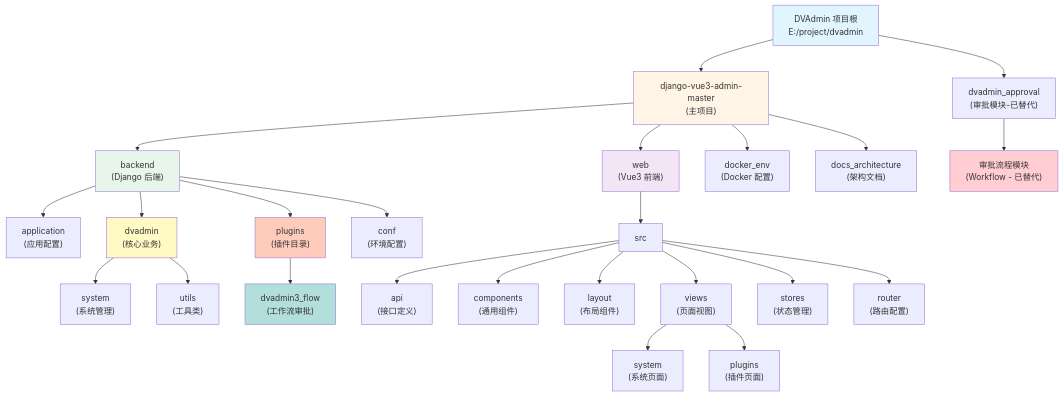
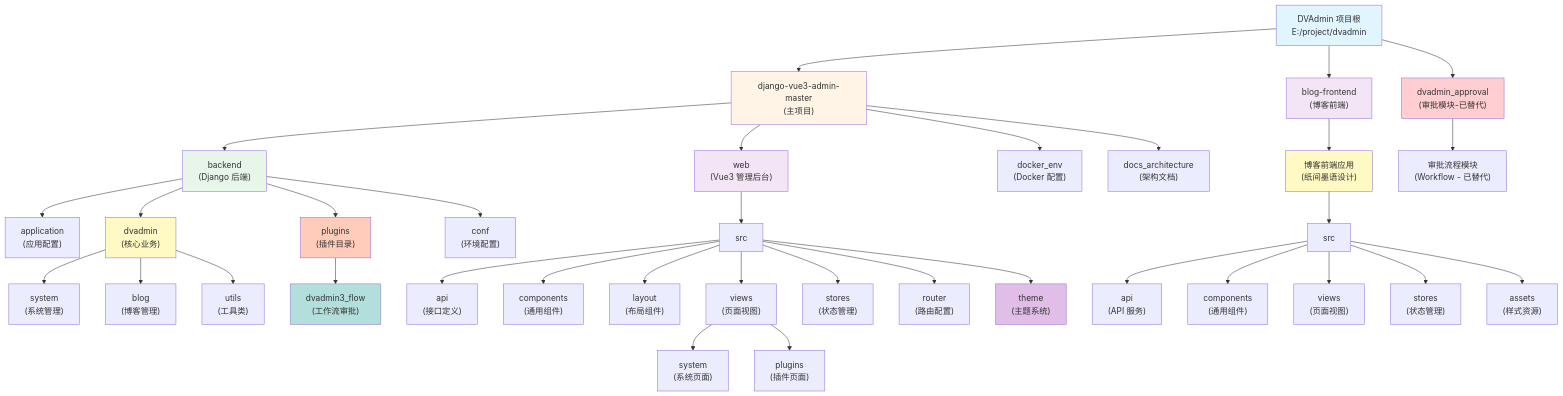
Before and after one commit to jack571754/dvadmin: the diagram in CLAUDE.md, drawn with Mermaid. The commit also changed other lines of this file and 24 other files, not shown here.

````diff
--- a/CLAUDE.md
+++ b/CLAUDE.md
@@ -66,52 +92,68 @@
 ```mermaid
 graph TD
     A["DVAdmin 项目根<br/>E:/project/dvadmin"] --> B["django-vue3-admin-master<br/>(主项目)"];
-    A --> C["dvadmin_approval<br/>(审批模块-已替代)"];
+    A --> C["blog-frontend<br/>(博客前端)"];
+    A --> D["dvadmin_approval<br/>(审批模块-已替代)"];
 
-    B --> D["backend<br/>(Django 后端)"];
-    B --> E["web<br/>(Vue3 前端)"];
-    B --> F["docker_env<br/>(Docker 配置)"];
-    B --> G["docs_architecture<br/>(架构文档)"];
+    B --> E["backend<br/>(Django 后端)"];
+    B --> F["web<br/>(Vue3 管理后台)"];
+    B --> G["docker_env<br/>(Docker 配置)"];
+    B --> H["docs_architecture<br/>(架构文档)"];
 
-    D --> H["application<br/>(应用配置)"];
-    D --> I["dvadmin<br/>(核心业务)"];
-    D --> J["plugins<br/>(插件目录)"];
-    D --> K["conf<br/>(环境配置)"];
+    E --> I["application<br/>(应用配置)"];
+    E --> J["dvadmin<br/>(核心业务)"];
+    E --> K["plugins<br/>(插件目录)"];
+    E --> L["conf<br/>(环境配置)"];
 
-    I --> L["system<br/>(系统管理)"];
-    I --> M["utils<br/>(工具类)"];
+    J --> M["system<br/>(系统管理)"];
+    J --> N["blog<br/>(博客管理)"];
+    J --> O["utils<br/>(工具类)"];
 
-    J --> N["dvadmin3_flow<br/>(工作流审批)"];
+    K --> P["dvadmin3_flow<br/>(工作流审批)"];
 
-    E --> O["src"];
-    O --> P["api<br/>(接口定义)"];
-    O --> Q["components<br/>(通用组件)"];
-    O --> R["layout<br/>(布局组件)"];
-    O --> S["views<br/>(页面视图)"];
-    O --> T["stores<br/>(状态管理)"];
-    O --> U["router<br/>(路由配置)"];
+    F --> Q["src"];
+    Q --> R["api<br/>(接口定义)"];
+    Q --> S["components<br/>(通用组件)"];
+    Q --> T["layout<br/>(布局组件)"];
+    Q --> U["views<br/>(页面视图)"];
+    Q --> V["stores<br/>(状态管理)"];
+    Q --> W["router<br/>(路由配置)"];
+    Q --> X["theme<br/>(主题系统)"];
 
-    S --> V["system<br/>(系统页面)"];
-    S --> W["plugins<br/>(插件页面)"];
+    U --> Y["system<br/>(系统页面)"];
+    U --> Z["plugins<br/>(插件页面)"];
 
-    C --> X["审批流程模块<br/>(Workflow - 已替代)"];
+    C --> AA["博客前端应用<br/>(纸间墨语设计)"];
+    AA --> AB["src"];
+    AB --> AC["api<br/>(API 服务)"];
+    AB --> AD["components<br/>(通用组件)"];
+    AB --> AE["views<br/>(页面视图)"];
+    AB --> AF["stores<br/>(状态管理)"];
+    AB --> AG["assets<br/>(样式资源)"];
+
+    D --> AH["审批流程模块<br/>(Workflow - 已替代)"];
 
     style A fill:#e1f5ff
     style B fill:#fff4e6
-    style D fill:#e8f5e9
-    style E fill:#f3e5f5
-    style I fill:#fff9c4
-    style J fill:#ffccbc
-    style N fill:#b2dfdb
-    style X fill:#ffcdd2
+    style C fill:#f3e5f5
+    style E fill:#e8f5e9
+    style F fill:#f3e5f5
+    style J fill:#fff9c4
+    style K fill:#ffccbc
+    style P fill:#b2dfdb
+    style X fill:#e1bee7
+    style AA fill:#fff9c4
+    style D fill:#ffcdd2
 
-    click D "./django-vue3-admin-master/backend/CLAUDE.md" "查看 backend 模块文档"
-    click E "./django-vue3-admin-master/web/CLAUDE.md" "查看 web 模块文档"
-    click H "./django-vue3-admin-master/backend/application/CLAUDE.md" "查看 application 模块文档"
-    click I "./django-vue3-admin-master/backend/dvadmin/CLAUDE.md" "查看 dvadmin 核心模块"
-    click L "./django-vue3-admin-master/backend/dvadmin/system/CLAUDE.md" "查看 system 模块文档"
-    click M "./django-vue3-admin-master/backend/dvadmin/utils/CLAUDE.md" "查看 utils 模块文档"
-    click N "./django-vue3-admin-master/backend/plugins/dvadmin3_flow/CLAUDE.md" "查看 dvadmin3_flow 插件文档"
-    click C "./dvadmin_approval/CLAUDE.md" "查看 dvadmin_approval 模块文档"
-    click G "./django-vue3-admin-master/backend/docs_architecture/00_索引.md" "查看架构文档索引"
+    click E "./django-vue3-admin-master/backend/CLAUDE.md" "查看 backend 模块文档"
+    click F "./django-vue3-admin-master/web/CLAUDE.md" "查看 web 模块文档"
+    click C "./blog-frontend/CLAUDE.md" "查看 blog-frontend 模块文档"
+    click I "./django-vue3-admin-master/backend/application/CLAUDE.md" "查看 application 模块文档"
+    click J "./django-vue3-admin-master/backend/dvadmin/CLAUDE.md" "查看 dvadmin 核心模块"
+    click M "./django-vue3-admin-master/backend/dvadmin/system/CLAUDE.md" "查看 system 模块文档"
+    click N "./django-vue3-admin-master/backend/dvadmin/blog/CLAUDE.md" "查看 blog 模块文档"
+    click O "./django-vue3-admin-master/backend/dvadmin/utils/CLAUDE.md" "查看 utils 模块文档"
+    click P "./django-vue3-admin-master/backend/plugins/dvadmin3_flow/CLAUDE.md" "查看 dvadmin3_flow 插件文档"
+    click D "./dvadmin_approval/CLAUDE.md" "查看 dvadmin_approval 模块文档"
+    click H "./django-vue3-admin-master/backend/docs_architecture/00_索引.md" "查看架构文档索引"
 ```
````
